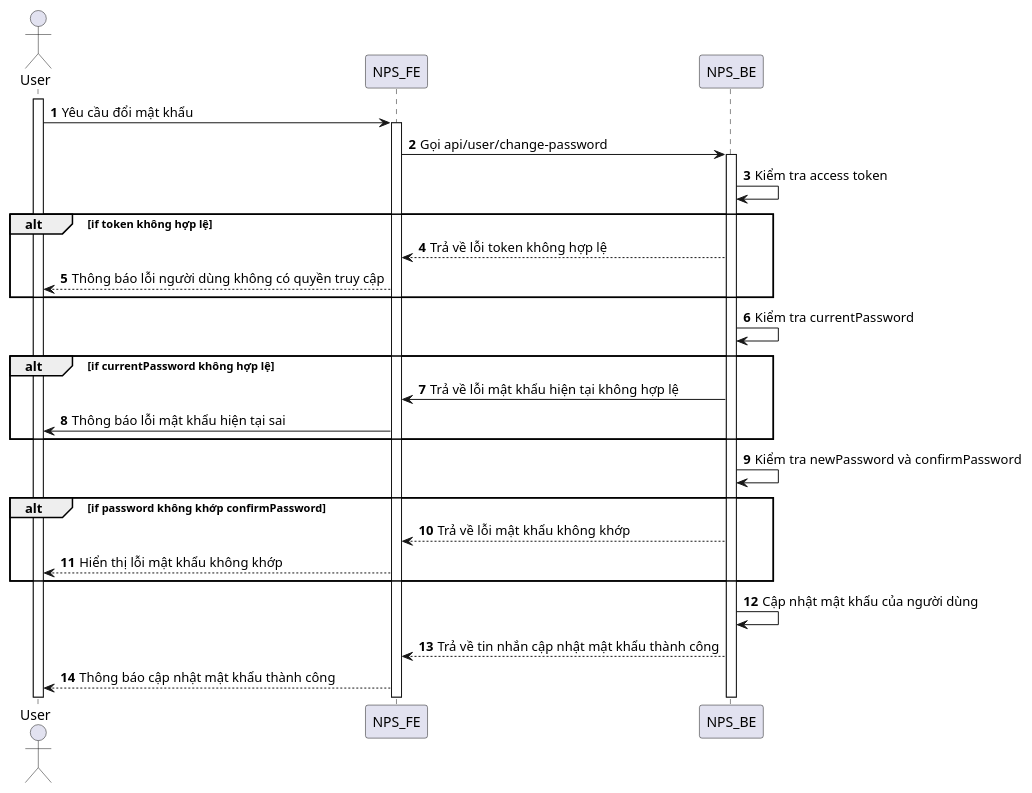
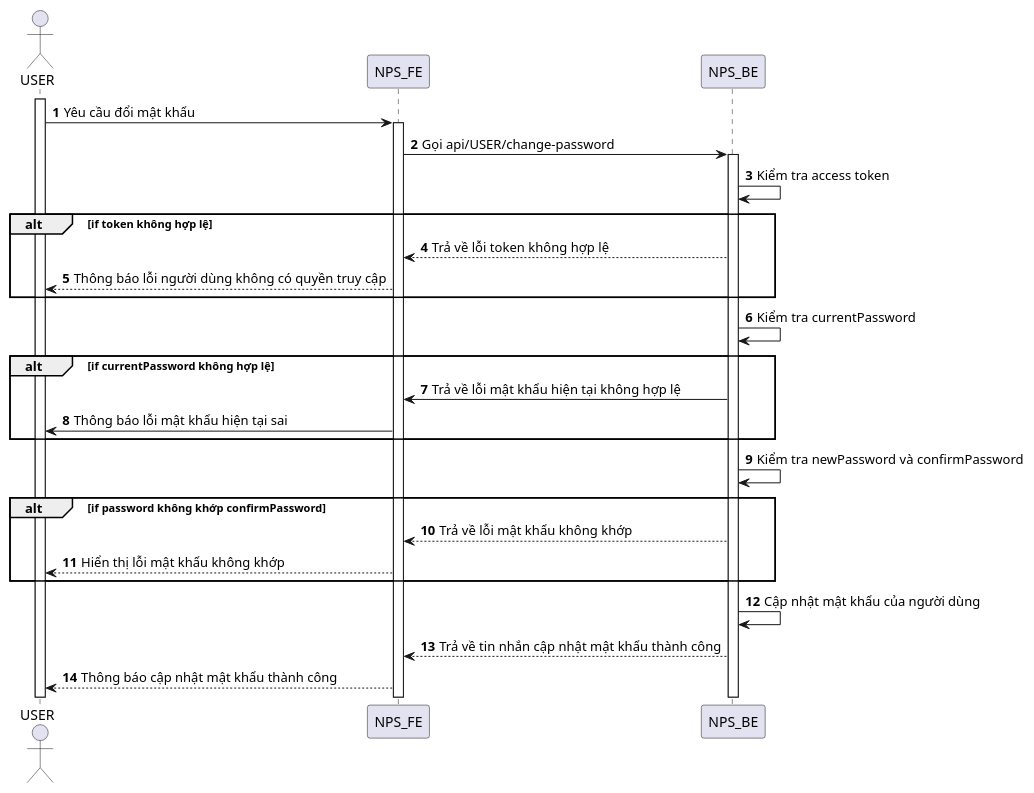
One commit to congdanh0101/fast-food changed the diagram in SequenceDiagram/User/change-password.puml. Above: the diagram before and after it, drawn with PlantUML. The commit also changed 144 other files, not shown here.

Commit message:
update seq diagram

```diff
--- a/SequenceDiagram/User/change-password.puml
+++ b/SequenceDiagram/User/change-password.puml
@@ -1,31 +1,31 @@
 @startuml
 autonumber
-actor User
-activate User
-User -> NPS_FE: Yêu cầu đổi mật khẩu
+actor USER
+activate USER
+USER -> NPS_FE: Yêu cầu đổi mật khẩu
 activate NPS_FE
-NPS_FE -> NPS_BE: Gọi api/user/change-password
+NPS_FE -> NPS_BE: Gọi api/USER/change-password
 activate NPS_BE
 NPS_BE -> NPS_BE: Kiểm tra access token
 alt if token không hợp lệ
 NPS_BE --> NPS_FE: Trả về lỗi token không hợp lệ
-NPS_FE --> User: Thông báo lỗi người dùng không có quyền truy cập
+NPS_FE --> USER: Thông báo lỗi người dùng không có quyền truy cập
 end
 
 
 NPS_BE -> NPS_BE: Kiểm tra currentPassword
 
 alt if currentPassword không hợp lệ
 NPS_BE -> NPS_FE: Trả về lỗi mật khẩu hiện tại không hợp lệ
-NPS_FE -> User: Thông báo lỗi mật khẩu hiện tại sai
+NPS_FE -> USER: Thông báo lỗi mật khẩu hiện tại sai
 end alt 
 
 NPS_BE -> NPS_BE: Kiểm tra newPassword và confirmPassword
 alt if password không khớp confirmPassword
 NPS_BE --> NPS_FE: Trả về lỗi mật khẩu không khớp
-NPS_FE --> User: Hiển thị lỗi mật khẩu không khớp
+NPS_FE --> USER: Hiển thị lỗi mật khẩu không khớp
 end
 NPS_BE -> NPS_BE: Cập nhật mật khẩu của người dùng
 NPS_BE --> NPS_FE: Trả về tin nhắn cập nhật mật khẩu thành công
-NPS_FE --> User: Thông báo cập nhật mật khẩu thành công
+NPS_FE --> USER: Thông báo cập nhật mật khẩu thành công
 @enduml
```
